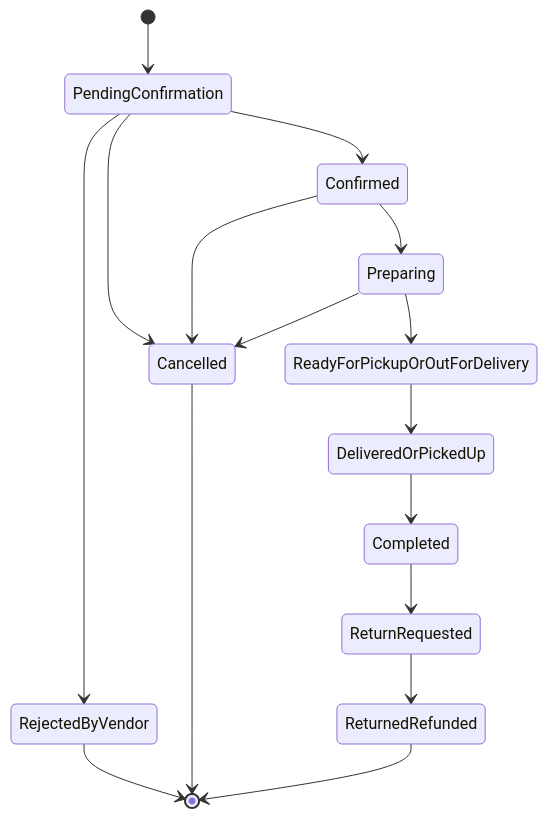
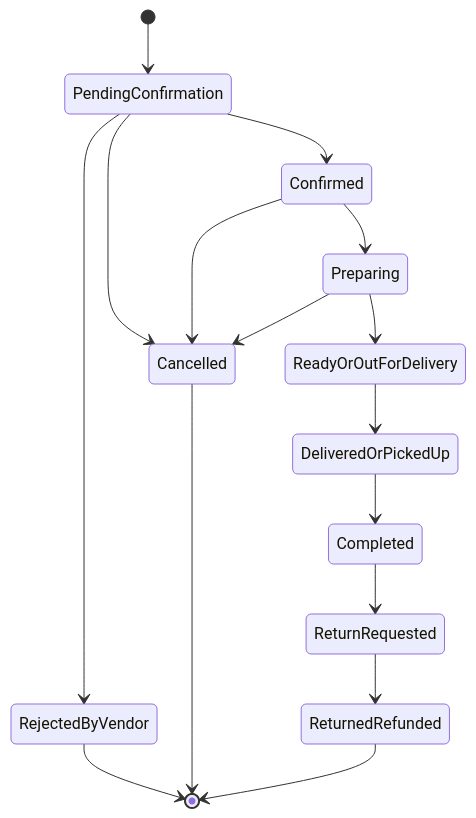
One commit to FINALTALA/FINALPRO changed the third of 6 diagrams in docs/srs/02-functional-requirements.md. Above: the diagram before and after it, drawn with Mermaid. The commit also changed other lines of this file, not shown here.

````diff
--- a/docs/srs/02-functional-requirements.md
+++ b/docs/srs/02-functional-requirements.md
@@ -233,18 +288,18 @@
 ```mermaid
 stateDiagram-v2
     [*] --> PendingConfirmation
     PendingConfirmation --> Confirmed
     PendingConfirmation --> RejectedByVendor
+    PendingConfirmation --> Cancelled
     Confirmed --> Preparing
-    Preparing --> ReadyForPickupOrOutForDelivery
-    ReadyForPickupOrOutForDelivery --> DeliveredOrPickedUp
+    Confirmed --> Cancelled
+    Preparing --> ReadyOrOutForDelivery
+    Preparing --> Cancelled
+    ReadyOrOutForDelivery --> DeliveredOrPickedUp
     DeliveredOrPickedUp --> Completed
     Completed --> ReturnRequested
     ReturnRequested --> ReturnedRefunded
-    PendingConfirmation --> Cancelled
-    Confirmed --> Cancelled
-    Preparing --> Cancelled
     RejectedByVendor --> [*]
     Cancelled --> [*]
     ReturnedRefunded --> [*]
 ```
````
